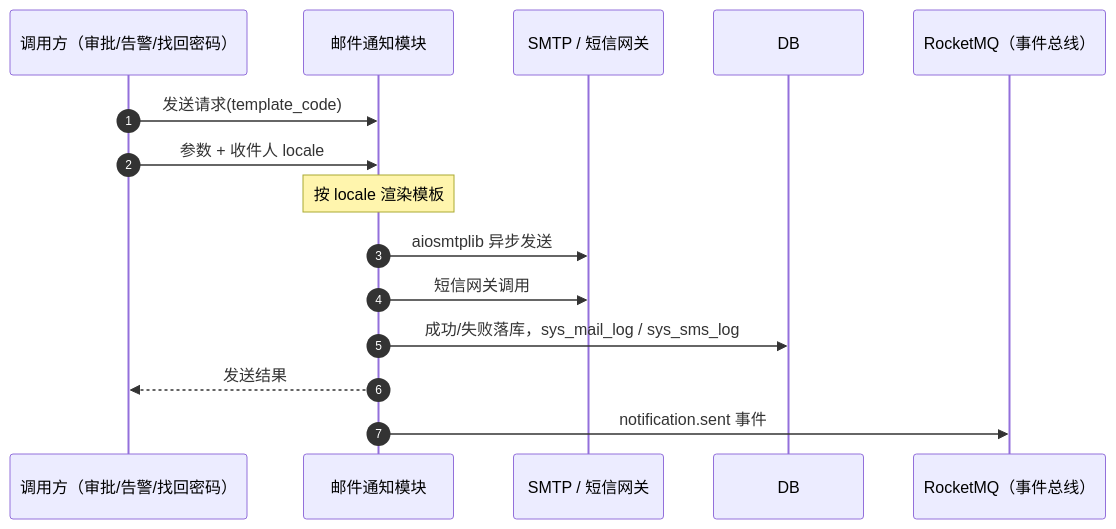
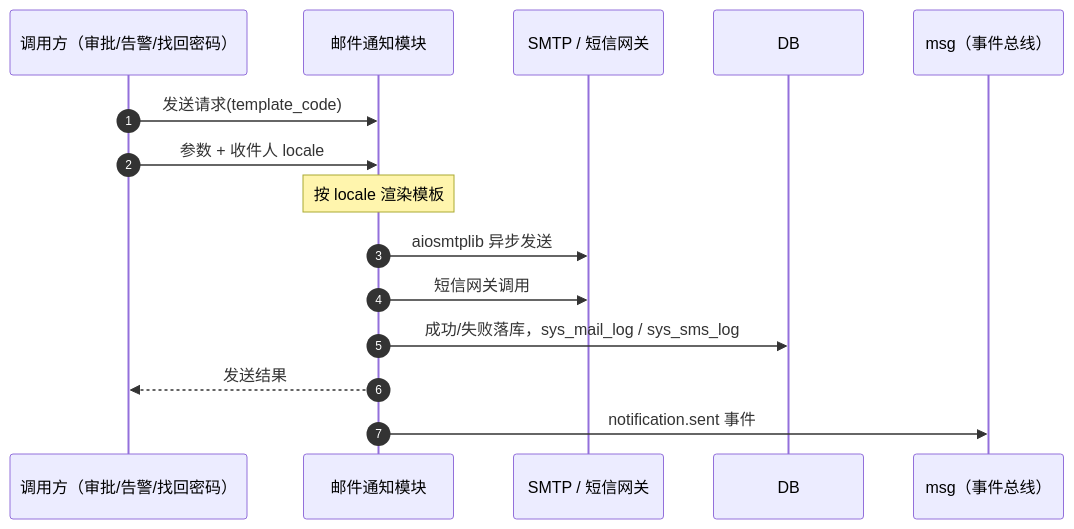
The diagram in bms文档/设计/概要设计/24_概要设计_邮件通知.md (minjian123/basic-management-system), drawn with Mermaid before and after one commit. The commit also changed 118 other files, not shown here.

````diff
--- a/bms文档/设计/概要设计/24_概要设计_邮件通知.md
+++ b/bms文档/设计/概要设计/24_概要设计_邮件通知.md
@@ -48,18 +48,18 @@
 ```mermaid
 sequenceDiagram
     autonumber
     participant 调用方 as 调用方（审批/告警/找回密码）
     participant 邮件模块 as 邮件通知模块
     participant 网关 as SMTP / 短信网关
     participant DB
-    participant RocketMQ as RocketMQ（事件总线）
+    participant msg as msg（事件总线）
 
     调用方->>邮件模块: 发送请求(template_code)
     调用方->>邮件模块: 参数 + 收件人 locale
     Note over 邮件模块: 按 locale 渲染模板
     邮件模块->>网关: aiosmtplib 异步发送
     邮件模块->>网关: 短信网关调用
     邮件模块->>DB: 成功/失败落库，sys_mail_log / sys_sms_log
     邮件模块-->>调用方: 发送结果
-    邮件模块->>RocketMQ: notification.sent 事件
+    邮件模块->>msg: notification.sent 事件
 ```
````
